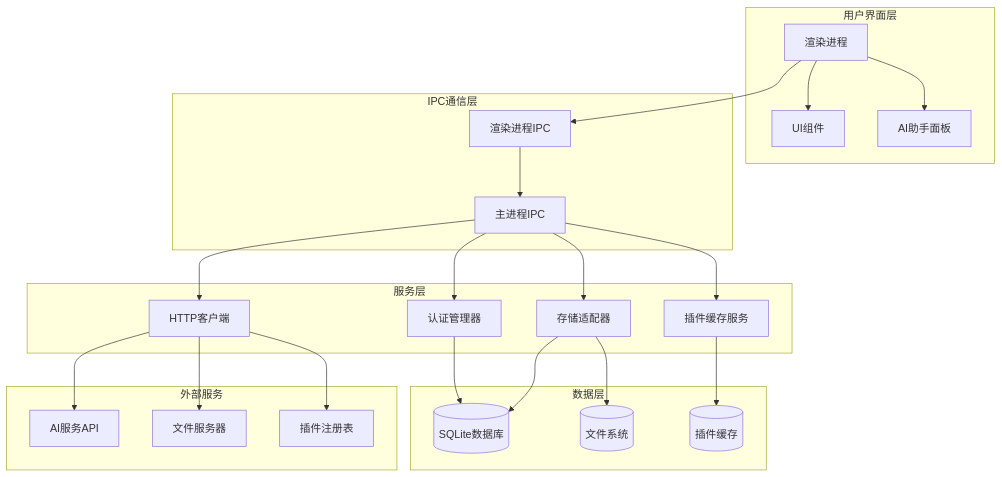
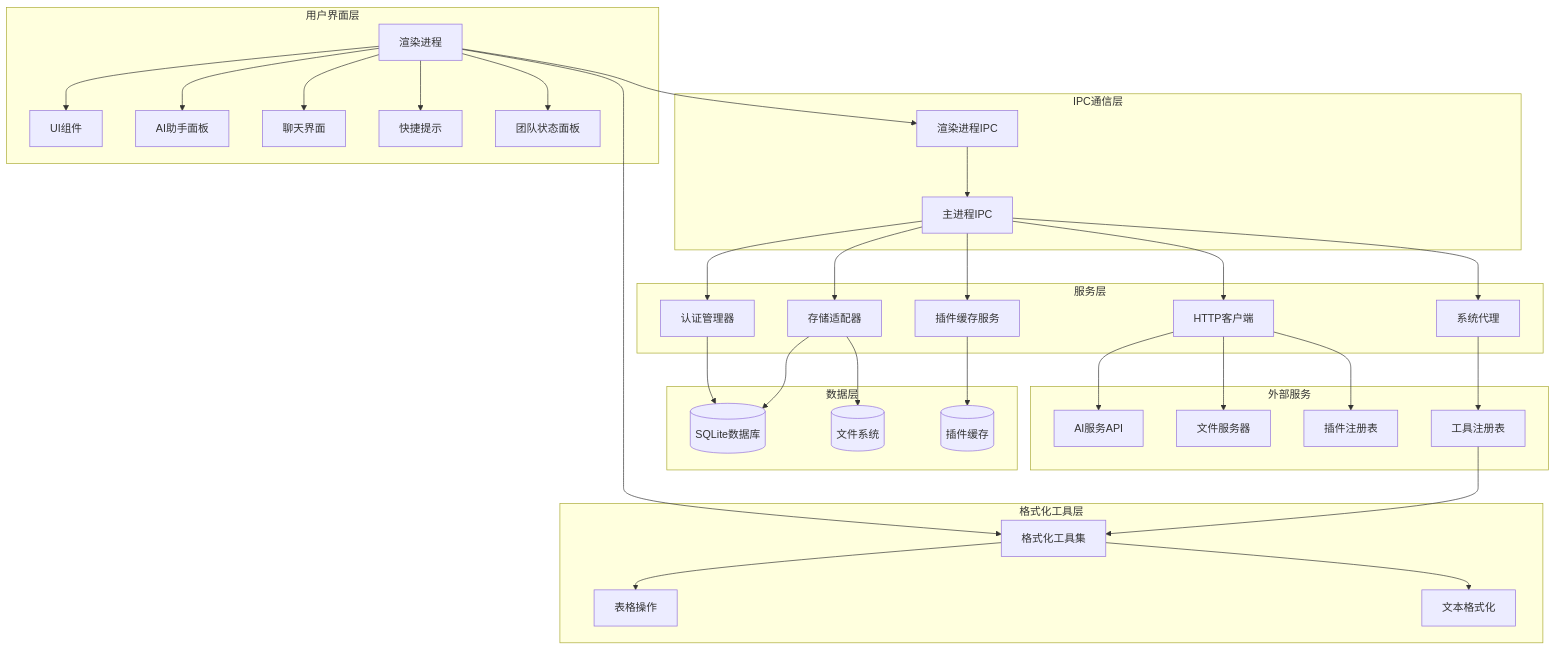
The third of 15 diagrams in .qoder/repowiki/zh/content/功能模块/AI插件/AI助手面板系统.md (LRF0422/Kotion), drawn with Mermaid before and after one commit. The commit also changed other lines of this file and 22 other files, not shown here.

````diff
--- a/.qoder/repowiki/zh/content/功能模块/AI插件/AI助手面板系统.md
+++ b/.qoder/repowiki/zh/content/功能模块/AI插件/AI助手面板系统.md
@@ -149,43 +178,62 @@
 ```mermaid
 graph TB
 subgraph "用户界面层"
 Renderer[渲染进程]
 UIComponents[UI组件]
 AIAssistant[AI助手面板]
+ChatInterface[聊天界面]
+QuickPrompts[快捷提示]
+TeamStatus[团队状态面板]
 end
 subgraph "IPC通信层"
 IPCMain[主进程IPC]
 IPCRenderer[渲染进程IPC]
 end
 subgraph "服务层"
 AuthManager[认证管理器]
 StorageAdapter[存储适配器]
 PluginCache[插件缓存服务]
 HttpClient[HTTP客户端]
+SystemAgent[系统代理]
 end
 subgraph "数据层"
 Database[(SQLite数据库)]
 FileSystem[(文件系统)]
 PluginCacheFS[(插件缓存)]
 end
 subgraph "外部服务"
 APIService[AI服务API]
 FileServer[文件服务器]
 PluginRegistry[插件注册表]
+ToolRegistry[工具注册表]
+end
+subgraph "格式化工具层"
+FormatTools[格式化工具集]
+TableOps[表格操作]
+TextFormat[文本格式化]
 end
 Renderer --> UIComponents
 Renderer --> AIAssistant
+Renderer --> ChatInterface
+Renderer --> QuickPrompts
+Renderer --> TeamStatus
+Renderer --> FormatTools
 Renderer --> IPCRenderer
 IPCRenderer --> IPCMain
 IPCMain --> AuthManager
 IPCMain --> StorageAdapter
 IPCMain --> PluginCache
 IPCMain --> HttpClient
+IPCMain --> SystemAgent
+SystemAgent --> ToolRegistry
+ToolRegistry --> FormatTools
+FormatTools --> TableOps
+FormatTools --> TextFormat
 AuthManager --> Database
 StorageAdapter --> Database
 StorageAdapter --> FileSystem
 PluginCache --> PluginCacheFS
 HttpClient --> APIService
 HttpClient --> FileServer
 HttpClient --> PluginRegistry
 ```
````
